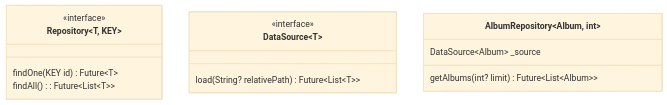
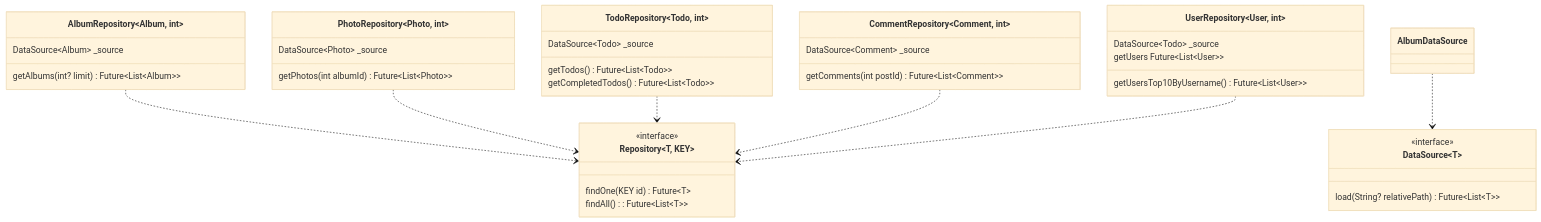
Before and after one commit to choiexe1/local: the diagram in Daily/2025-04-01.md, drawn with Mermaid (base theme).

Commit message:
vault backup: 2025-04-01 18:04:50

````diff
--- a/Daily/2025-04-01.md
+++ b/Daily/2025-04-01.md
@@ -98,21 +98,49 @@
 ```mermaid
 classDiagram
 
 class Repository~T, KEY~ {
 	<<interface>>
 	findOne(KEY id) Future~T~
 	findAll() : Future~List~T~~
 }
 
 class DataSource~T~ {
 	<<interface>>
 	load(String? relativePath) Future~List~T~~
 }
 
 class AlbumRepository~Album, int~ {
 	DataSource~Album~ _source
 	getAlbums(int? limit) Future~List~Album~~
 }
 
-Reppo
+class PhotoRepository~Photo, int~ {
+	DataSource~Photo~ _source
+	getPhotos(int albumId) Future~List~Photo~~
+}
+
+class TodoRepository~Todo, int~ {
+	DataSource~Todo~ _source
+	getTodos() Future~List~Todo~~
+	getCompletedTodos() Future~List~Todo~~
+}
+
+class UserRepository~User, int~ {
+	DataSource~Todo~ _source
+	getUsers Future~List~User~~
+	getUsersTop10ByUsername() Future~List~User~~
+}
+
+class CommentRepository~Comment, int~ {
+	DataSource~Comment~ _source
+	getComments(int postId) Future~List~Comment~~
+}
+
+AlbumRepository ..> Repository
+PhotoRepository ..> Repository
+TodoRepository ..> Repository
+CommentRepository ..> Repository
+UserRepository ..> Repository
+
+AlbumDataSource ..> DataSource
 ```
````
